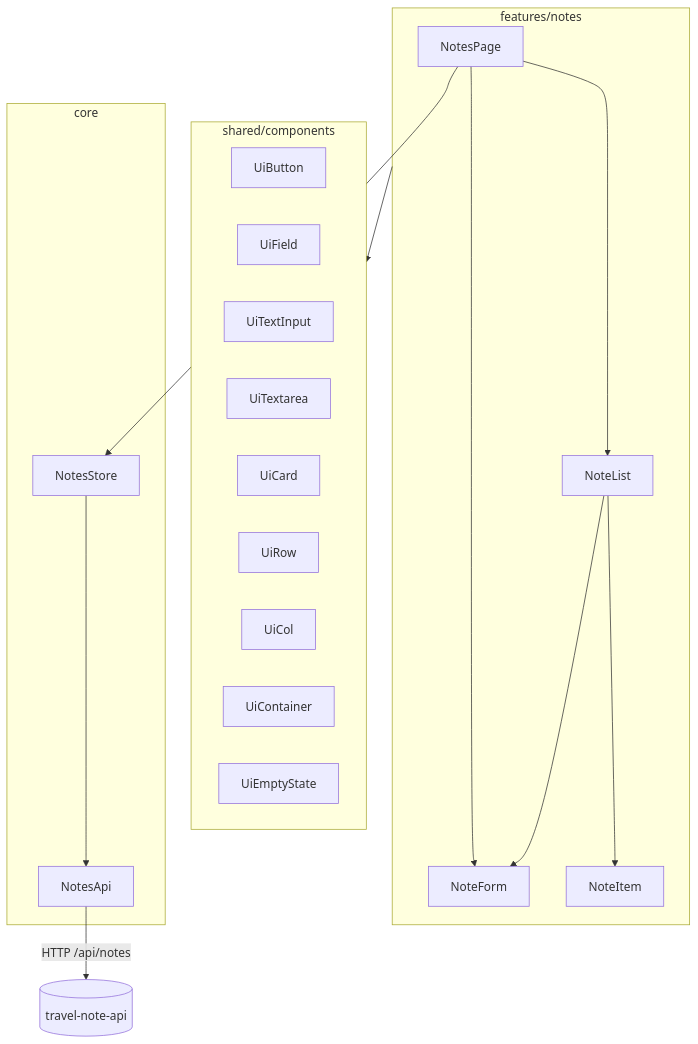
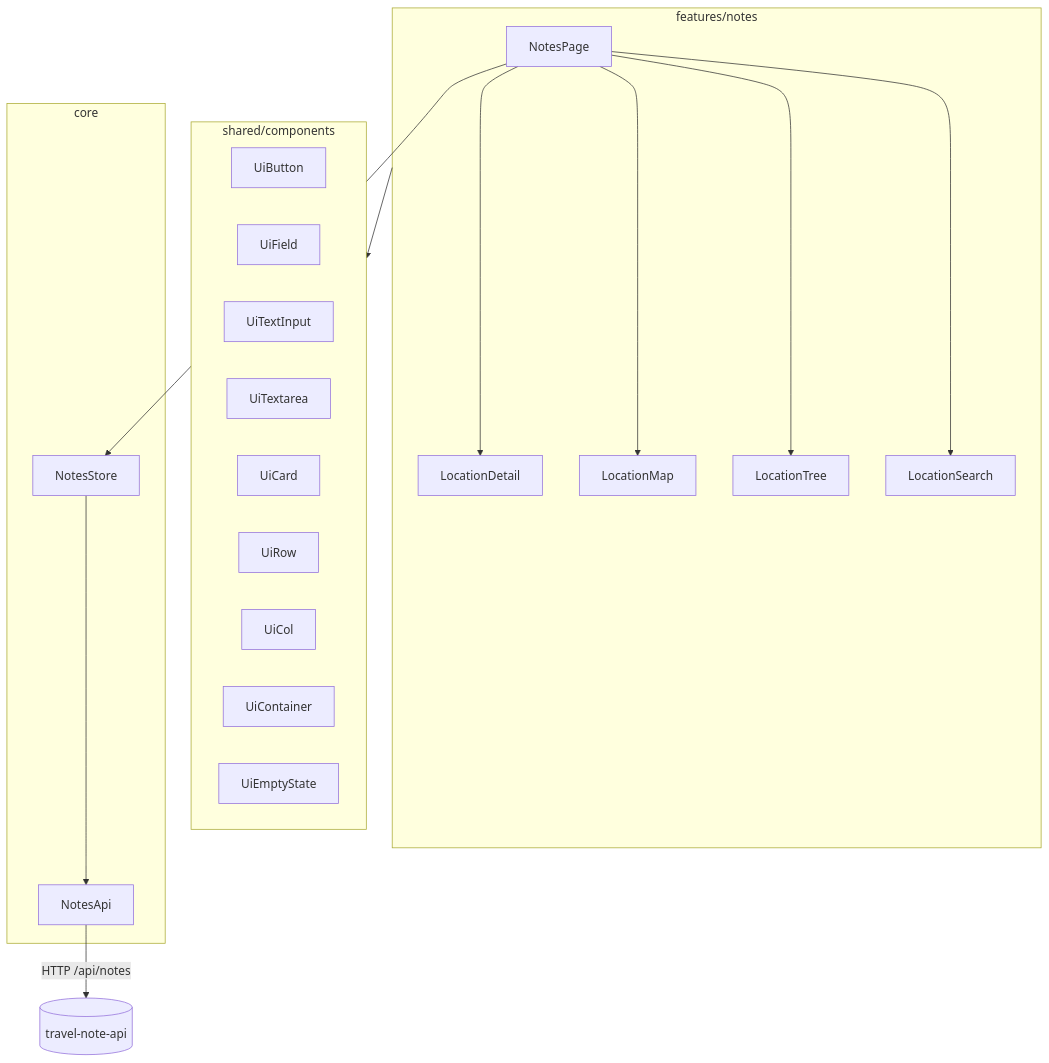
The diagram in docs/frontend.md (akashDelta-N/sdd-example-app), drawn with Mermaid before and after one commit. The commit also changed other lines of this file and 18 other files, not shown here.

````diff
--- a/docs/frontend.md
+++ b/docs/frontend.md
@@ -16,19 +16,19 @@
 ```mermaid
 flowchart TD
     subgraph features/notes
-        NotesPage --> NoteList
-        NotesPage --> NoteForm
-        NoteList --> NoteItem
-        NoteList --> NoteForm
+      NotesPage --> LocationSearch
+      NotesPage --> LocationTree
+      NotesPage --> LocationMap
+      NotesPage --> LocationDetail
     end
     subgraph core
         NotesStore --> NotesApi
     end
     subgraph shared/components
         UiButton & UiField & UiTextInput & UiTextarea & UiCard & UiRow & UiCol & UiContainer & UiEmptyState
     end
 
     NotesPage --> NotesStore
     features/notes --> shared/components
     NotesApi -->|HTTP /api/notes| Backend[(travel-note-api)]
 ```
````
